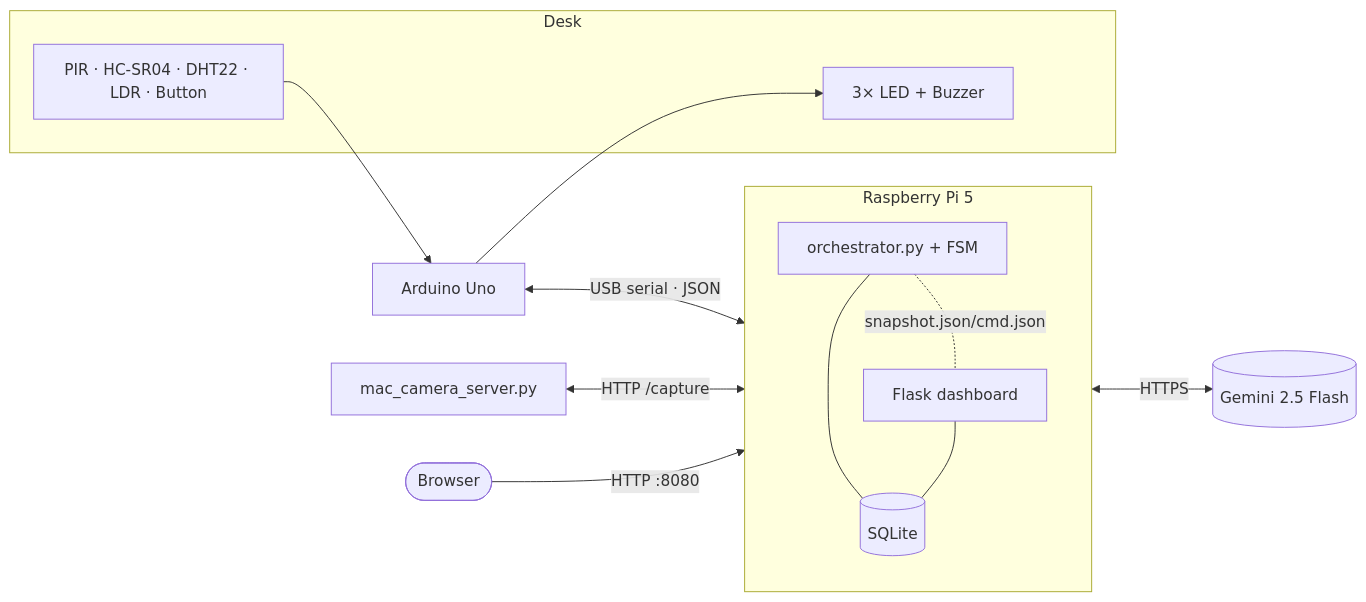
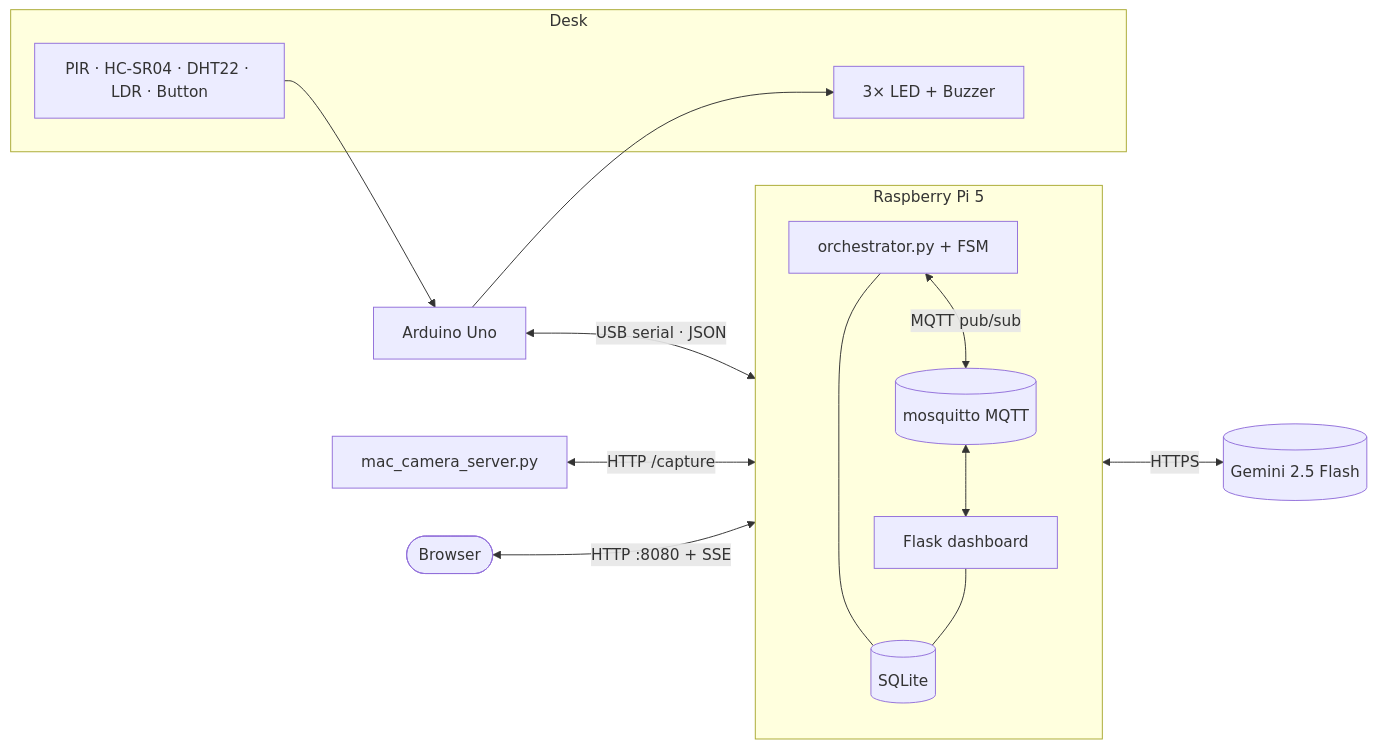
One commit to Clupai8o0/lock-in-complete changed the diagram in README.md. Above: the diagram before and after it, drawn with Mermaid. The commit also changed other lines of this file and 17 other files, not shown here.

````diff
--- a/README.md
+++ b/README.md
@@ -23,21 +23,23 @@
 ```mermaid
 flowchart LR
     subgraph Desk
         sens["PIR · HC-SR04 · DHT22 · LDR · Button"]
         leds["3× LED + Buzzer"]
     end
     sens --> Uno[Arduino Uno]
     Uno --> leds
     Uno <-->|"USB serial · JSON"| Pi
     Mac["mac_camera_server.py"] <-->|"HTTP /capture"| Pi
     Pi <-->|HTTPS| Gemini[(Gemini 2.5 Flash)]
-    Browser([Browser]) -->|"HTTP :8080"| Pi
+    Browser([Browser]) <-->|"HTTP :8080 + SSE"| Pi
     subgraph Pi[Raspberry Pi 5]
         orch[orchestrator.py + FSM]
         dash[Flask dashboard]
+        broker[(mosquitto MQTT)]
         db[(SQLite)]
         orch --- db
         dash --- db
-        orch -."snapshot.json/cmd.json".- dash
+        orch <-->|"MQTT pub/sub"| broker
+        broker <--> dash
     end
 ```
````
